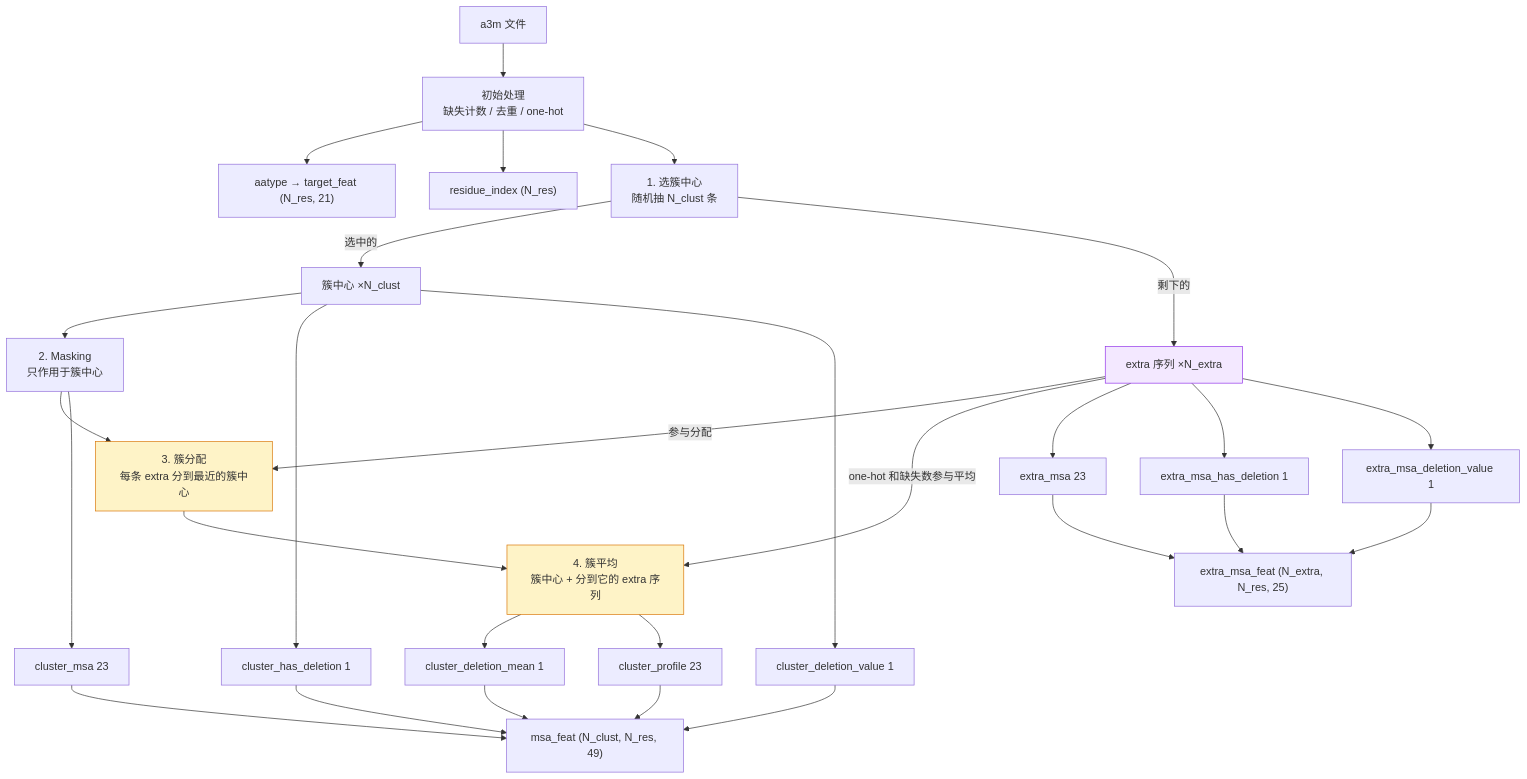
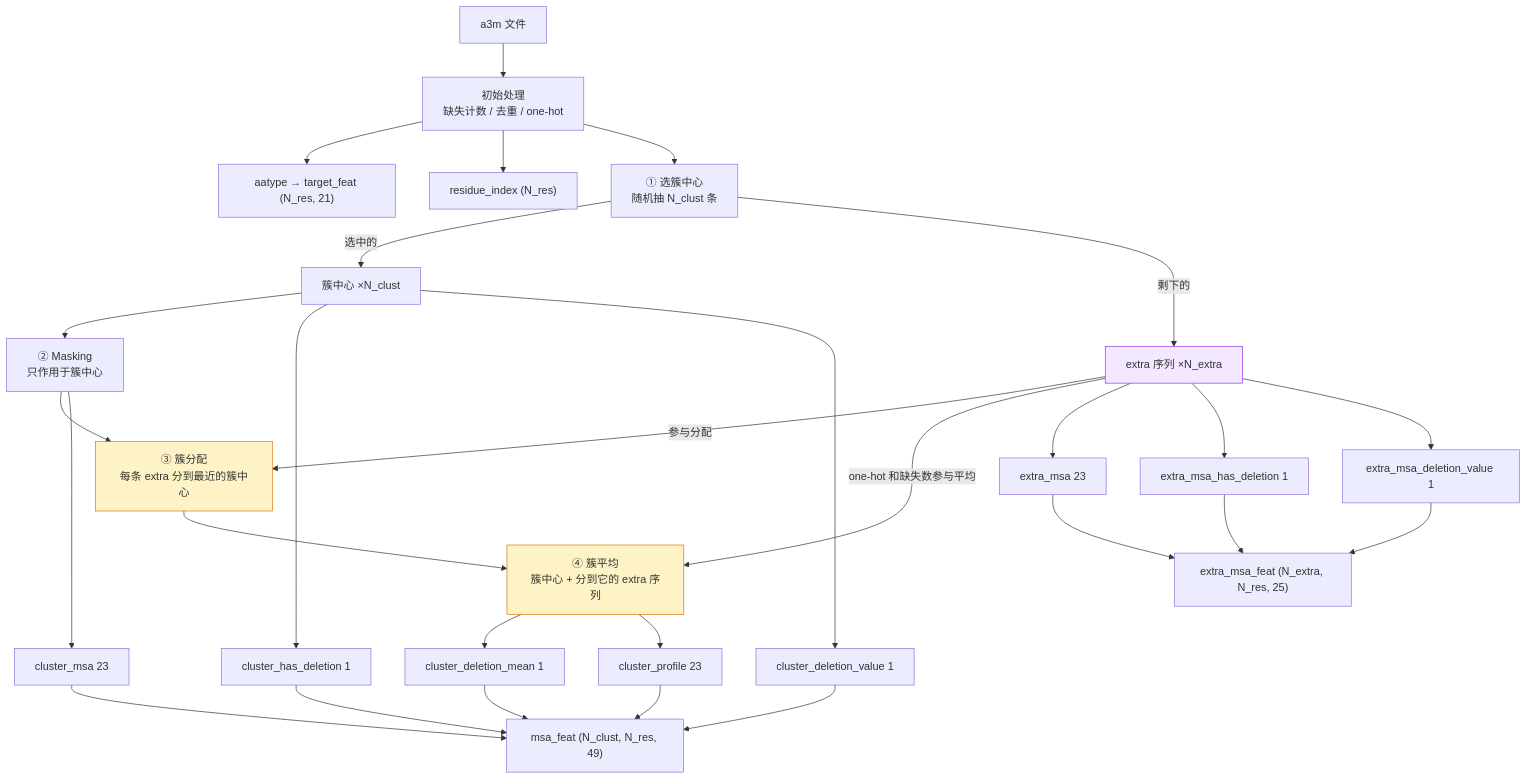
The fifth of 5 diagrams in content/notes/AI4S/AlphaFold/AlphaFold-Decode/Feature Extraction.md (xiaohuzai/xiaohuzai.github.io), drawn with Mermaid before and after one commit. The commit also changed other lines of this file and 1 other file, not shown here.

First line of the commit message:
fix: mermaid 节点以 1. 2. 开头同样报 Unsupported markdown: list → 圈号

````diff
--- a/content/notes/AI4S/AlphaFold/AlphaFold-Decode/Feature Extraction.md
+++ b/content/notes/AI4S/AlphaFold/AlphaFold-Decode/Feature Extraction.md
@@ -583,33 +583,33 @@
 ```mermaid
 flowchart TD
     A[a3m 文件] --> B[初始处理<br/>缺失计数 / 去重 / one-hot]
     B --> AA["aatype → target_feat (N_res, 21)"]
     B --> RI["residue_index (N_res)"]
-    B --> C[1. 选簇中心<br/>随机抽 N_clust 条]
+    B --> C[① 选簇中心<br/>随机抽 N_clust 条]
 
     C -->|选中的| CC[簇中心 ×N_clust]
     C -->|剩下的| EX[extra 序列 ×N_extra]
 
-    CC --> D[2. Masking<br/>只作用于簇中心]
-    D --> E["3. 簇分配<br/>每条 extra 分到最近的簇中心"]
+    CC --> D[② Masking<br/>只作用于簇中心]
+    D --> E["③ 簇分配<br/>每条 extra 分到最近的簇中心"]
     EX -->|参与分配| E
-    E --> F["4. 簇平均<br/>簇中心 + 分到它的 extra 序列"]
+    E --> F["④ 簇平均<br/>簇中心 + 分到它的 extra 序列"]
     EX -->|one-hot 和缺失数参与平均| F
 
     D --> CM[cluster_msa 23]
     CC --> CH[cluster_has_deletion 1]
     CC --> CV[cluster_deletion_value 1]
     F --> CDM[cluster_deletion_mean 1]
     F --> CP[cluster_profile 23]
     CM & CH & CV & CDM & CP --> MF["msa_feat (N_clust, N_res, 49)"]
 
     EX --> EM[extra_msa 23]
     EX --> EH[extra_msa_has_deletion 1]
     EX --> EV[extra_msa_deletion_value 1]
     EM & EH & EV --> EF["extra_msa_feat (N_extra, N_res, 25)"]
 
     style EX fill:#f3e8ff,stroke:#9333ea
     style E fill:#fef3c7,stroke:#d97706
     style F fill:#fef3c7,stroke:#d97706
 
 ```
````
